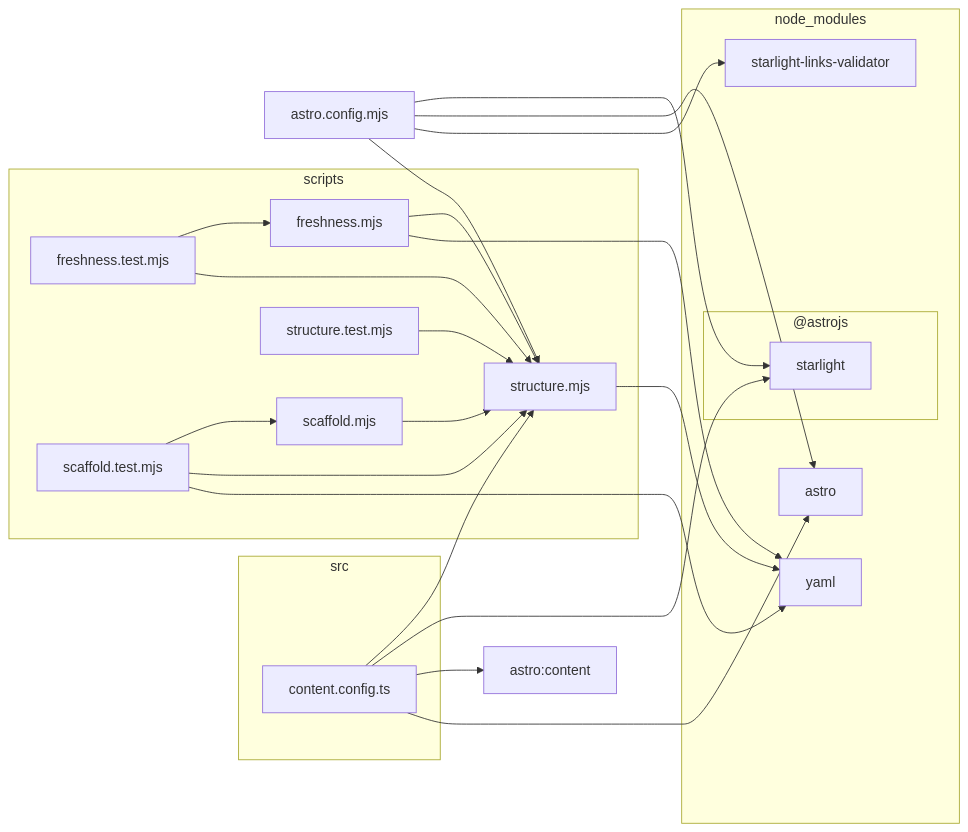
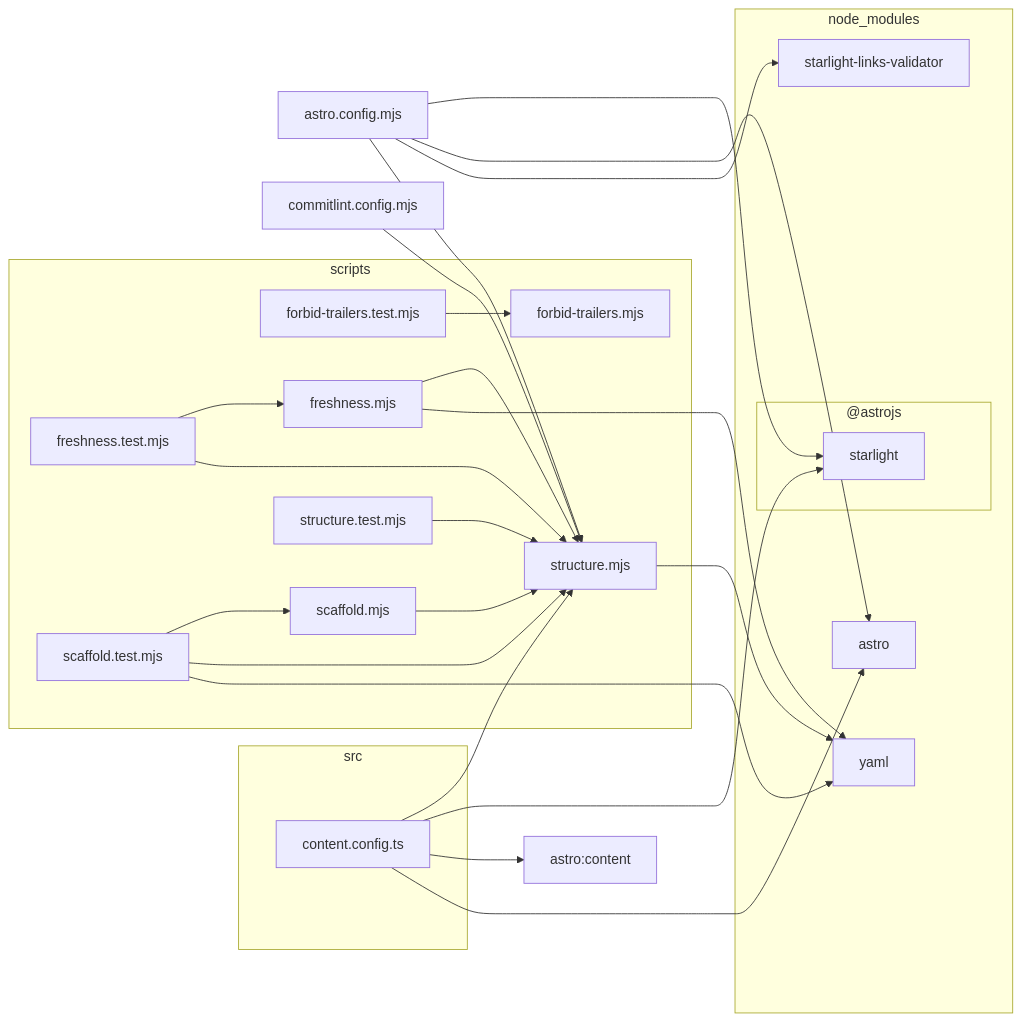
The diagram in docs/architecture.mmd (FilipTw/claude-craft), drawn with Mermaid before and after one commit. The commit also changed 9 other files, not shown here.

```diff
--- a/docs/architecture.mmd
+++ b/docs/architecture.mmd
@@ -1,41 +1,46 @@
 flowchart LR
 
 0["astro.config.mjs"]
 1["astro:content"]
-subgraph 2["node_modules"]
-subgraph 3["@astrojs"]
-4["starlight"]
+2["commitlint.config.mjs"]
+subgraph 3["node_modules"]
+subgraph 4["@astrojs"]
+5["starlight"]
 end
-5["astro"]
-6["starlight-links-validator"]
-7["yaml"]
+6["astro"]
+7["starlight-links-validator"]
+8["yaml"]
 end
-subgraph 8["scripts"]
-9["freshness.mjs"]
-A["freshness.test.mjs"]
-B["scaffold.mjs"]
-C["scaffold.test.mjs"]
-D["structure.mjs"]
-E["structure.test.mjs"]
+subgraph 9["scripts"]
+A["forbid-trailers.mjs"]
+B["forbid-trailers.test.mjs"]
+C["freshness.mjs"]
+D["freshness.test.mjs"]
+E["scaffold.mjs"]
+F["scaffold.test.mjs"]
+G["structure.mjs"]
+H["structure.test.mjs"]
 end
-subgraph F["src"]
-G["content.config.ts"]
+subgraph I["src"]
+J["content.config.ts"]
 end
-0-->D
-0-->4
+0-->G
 0-->5
 0-->6
-9-->D
-9-->7
-A-->9
-A-->D
-B-->D
-C-->B
-C-->D
-C-->7
-D-->7
-E-->D
-G-->D
-G-->4
-G-->1
-G-->5
+0-->7
+2-->G
+B-->A
+C-->G
+C-->8
+D-->C
+D-->G
+E-->G
+F-->E
+F-->G
+F-->8
+G-->8
+H-->G
+J-->G
+J-->5
+J-->1
+J-->6
```
